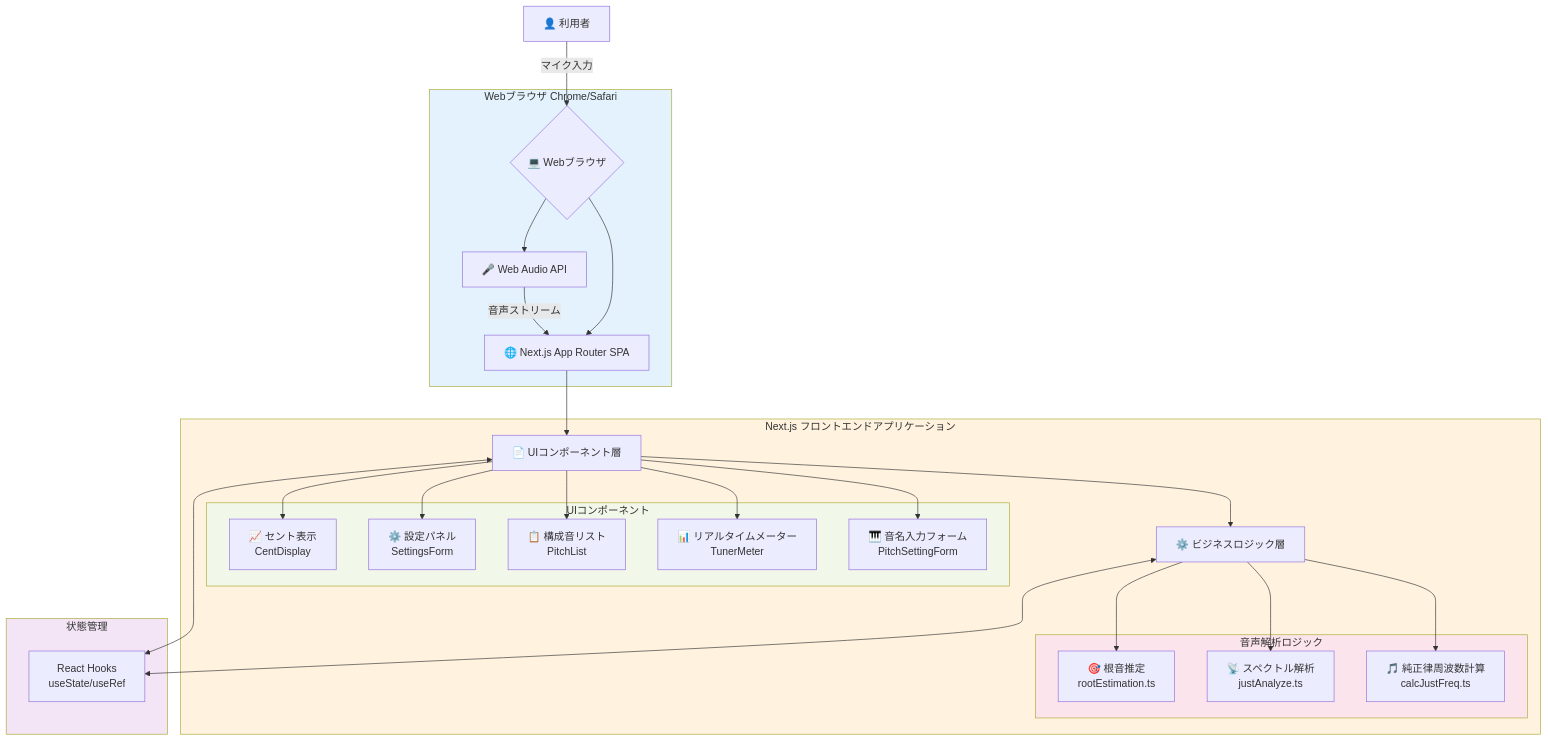
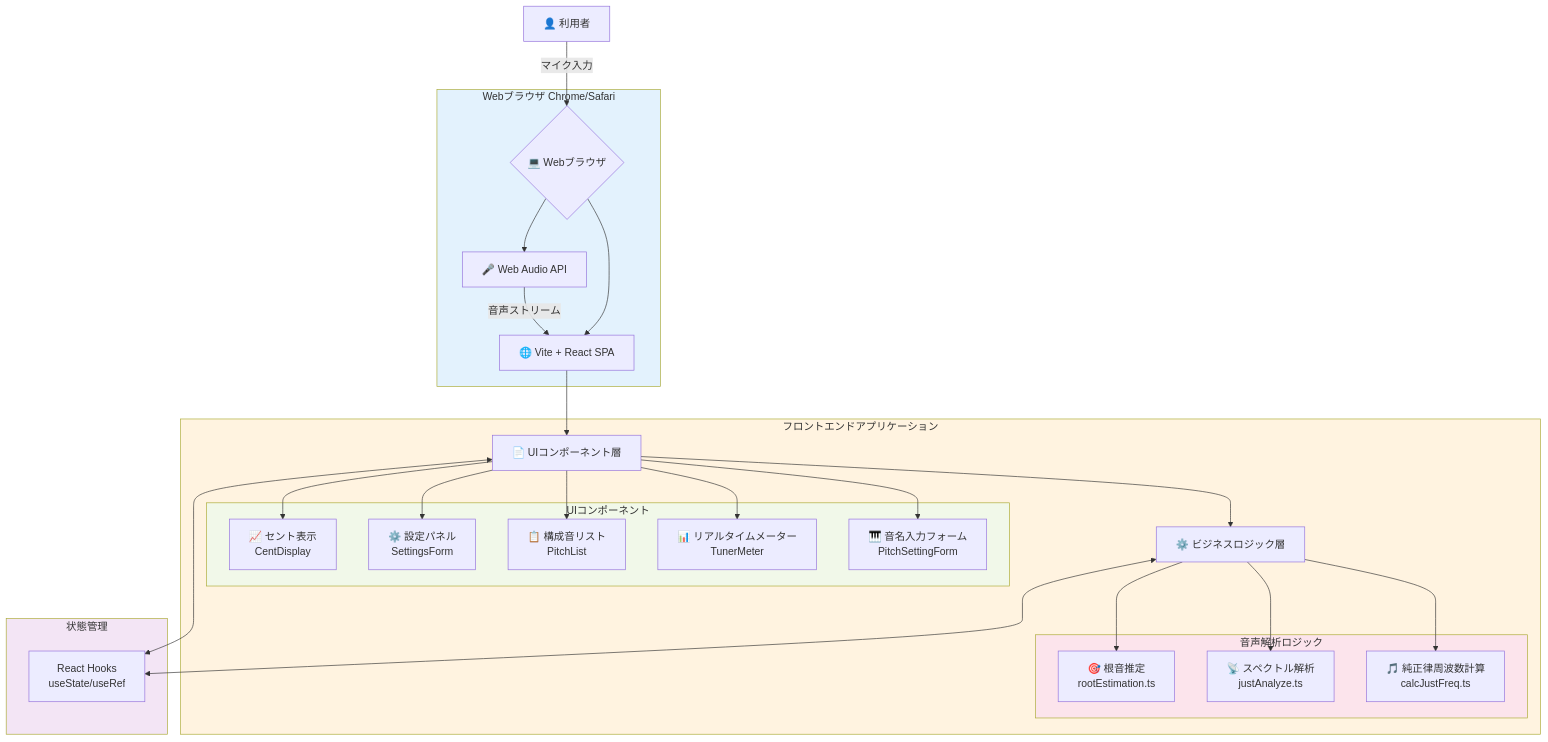
The first of 4 diagrams in docs/SPECIFICATION.md (guchipa/chordlens), drawn with Mermaid before and after one commit. The commit also changed other lines of this file and 246 other files, not shown here.

````diff
--- a/docs/SPECIFICATION.md
+++ b/docs/SPECIFICATION.md
@@ -32,45 +32,45 @@
 ```mermaid
 graph TD
     A[👤 利用者] -->|マイク入力| B{💻 Webブラウザ};
     
     subgraph Browser [Webブラウザ Chrome/Safari]
-        B --> C[🌐 Next.js App Router SPA];
+        B --> C[🌐 Vite + React SPA];
         B --> D[🎤 Web Audio API];
         D -->|音声ストリーム| C;
     end
     
-    subgraph NextApp [Next.js フロントエンドアプリケーション]
+    subgraph NextApp [フロントエンドアプリケーション]
         C --> E[📄 UIコンポーネント層];
         E --> F[⚙️ ビジネスロジック層];
         
         subgraph UI [UIコンポーネント]
             E1[🎹 音名入力フォーム<br/>PitchSettingForm]
             E2[📊 リアルタイムメーター<br/>TunerMeter]
             E3[📋 構成音リスト<br/>PitchList]
             E4[⚙️ 設定パネル<br/>SettingsForm]
             E5[📈 セント表示<br/>CentDisplay]
         end
         
         subgraph Logic [音声解析ロジック]
             F1[🎵 純正律周波数計算<br/>calcJustFreq.ts]
             F2[📡 スペクトル解析<br/>justAnalyze.ts]
             F3[🎯 根音推定<br/>rootEstimation.ts]
         end
         
         E --> E1 & E2 & E3 & E4 & E5;
         F --> F1 & F2 & F3;
     end
     
     subgraph State [状態管理]
         G[React Hooks<br/>useState/useRef]
     end
     
     E <--> G;
     F <--> G;
     
     style Browser fill:#e3f2fd
     style NextApp fill:#fff3e0
     style UI fill:#f1f8e9
     style Logic fill:#fce4ec
     style State fill:#f3e5f5
 ```
````
